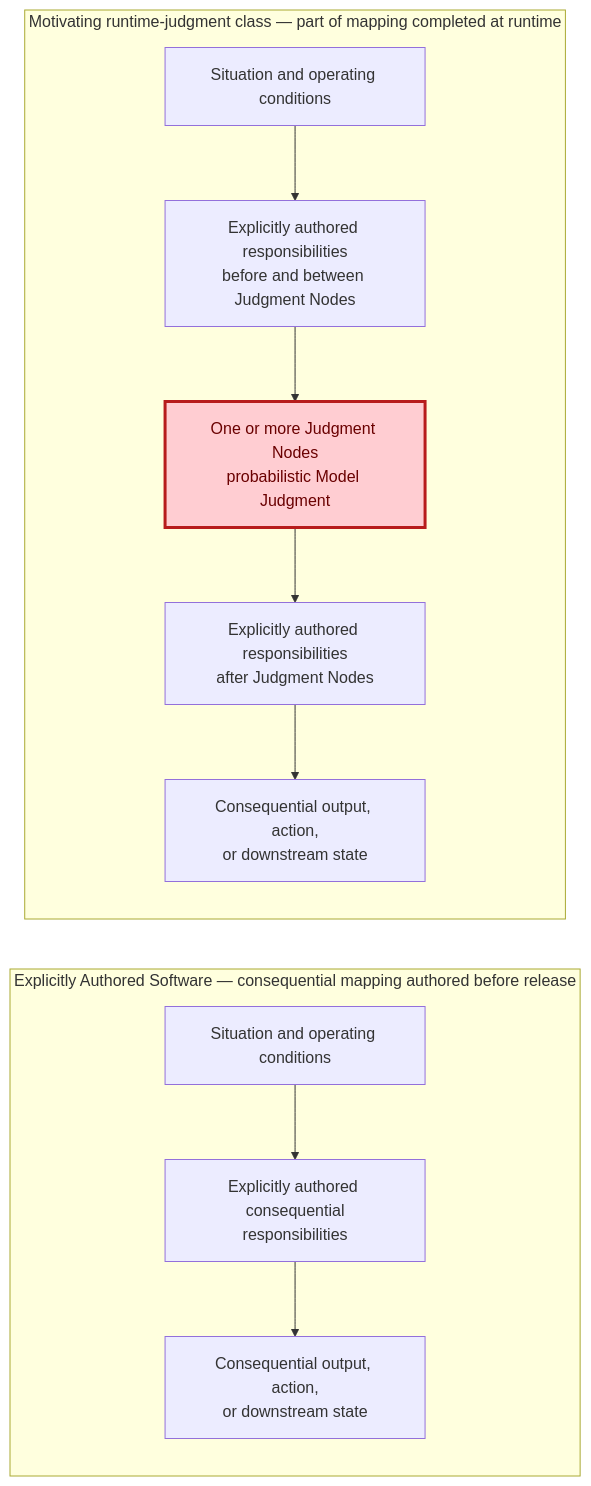
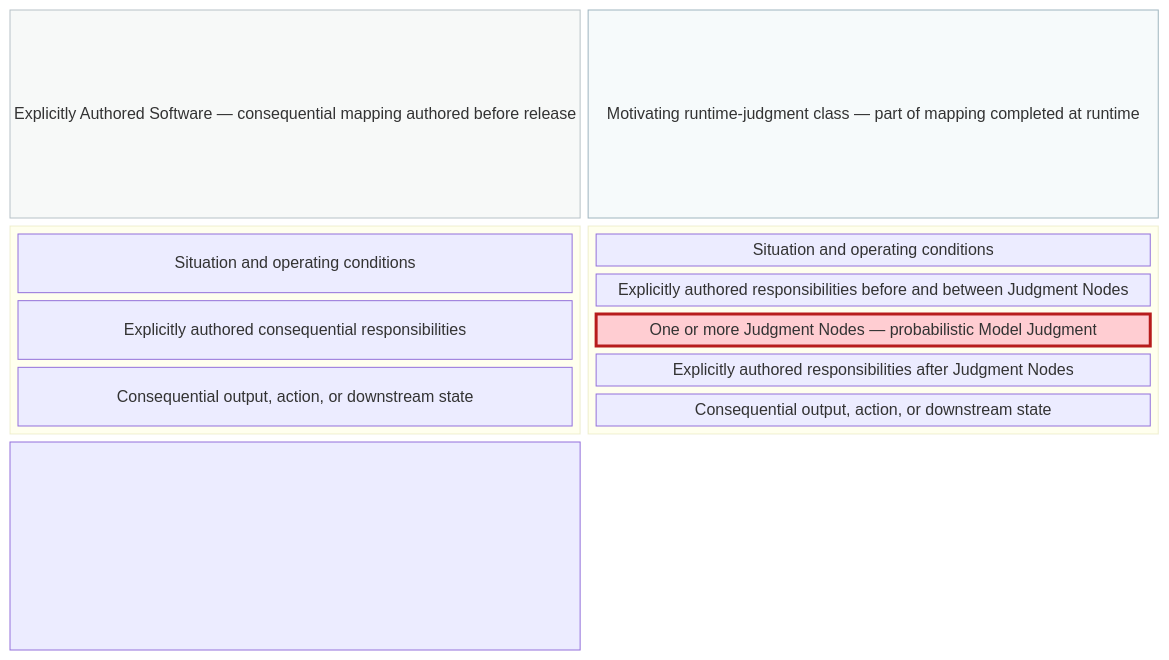
The third of 15 diagrams in content/research/notes/open-engineering-specification-article-draft.md (UncertaintyArchitectureGroup/uncertainty-architecture), drawn with Mermaid before and after one commit. The commit also changed 3 other files, not shown here.

Commit message:
research: fix Figure 3 with explicit Mermaid grid

````diff
--- a/content/research/notes/open-engineering-specification-article-draft.md
+++ b/content/research/notes/open-engineering-specification-article-draft.md
@@ -222,21 +222,25 @@
 ```mermaid
-flowchart LR
-    subgraph A["Explicitly Authored Software — consequential mapping authored before release"]
-        direction TB
+block
+    columns 2
+    H1["Explicitly Authored Software — consequential mapping authored before release"]
+    H2["Motivating runtime-judgment class — part of mapping completed at runtime"]
+    block:L
+        columns 1
         A1["Situation and operating conditions"]
-        A2["Explicitly authored consequential<br/>responsibilities"]
-        A3["Consequential output, action,<br/>or downstream state"]
-        A1 --> A2 --> A3
+        A2["Explicitly authored consequential responsibilities"]
+        A3["Consequential output, action, or downstream state"]
     end
-    subgraph B["Motivating runtime-judgment class — part of mapping completed at runtime"]
-        direction TB
+    block:R
+        columns 1
         B1["Situation and operating conditions"]
-        B2["Explicitly authored responsibilities<br/>before and between Judgment Nodes"]
-        J1["One or more Judgment Nodes<br/>probabilistic Model Judgment"]
-        B4["Explicitly authored responsibilities<br/>after Judgment Nodes"]
-        B3["Consequential output, action,<br/>or downstream state"]
-        B1 --> B2 --> J1 --> B4 --> B3
+        B2["Explicitly authored responsibilities before and between Judgment Nodes"]
+        J1["One or more Judgment Nodes — probabilistic Model Judgment"]
+        B4["Explicitly authored responsibilities after Judgment Nodes"]
+        B3["Consequential output, action, or downstream state"]
     end
-    classDef judgment fill:#ffcdd2,stroke:#b71c1c,stroke-width:3px,color:#6a0000;
-    class J1 judgment;
+    A1 --> A2 --> A3
+    B1 --> B2 --> J1 --> B4 --> B3
+    style H1 fill:#f7f9f8,stroke:#b7c2c7,color:#284b63
+    style H2 fill:#f6fafb,stroke:#9fb5bf,color:#284b63
+    style J1 fill:#ffcdd2,stroke:#b71c1c,stroke-width:3px,color:#6a0000
 ```
````
